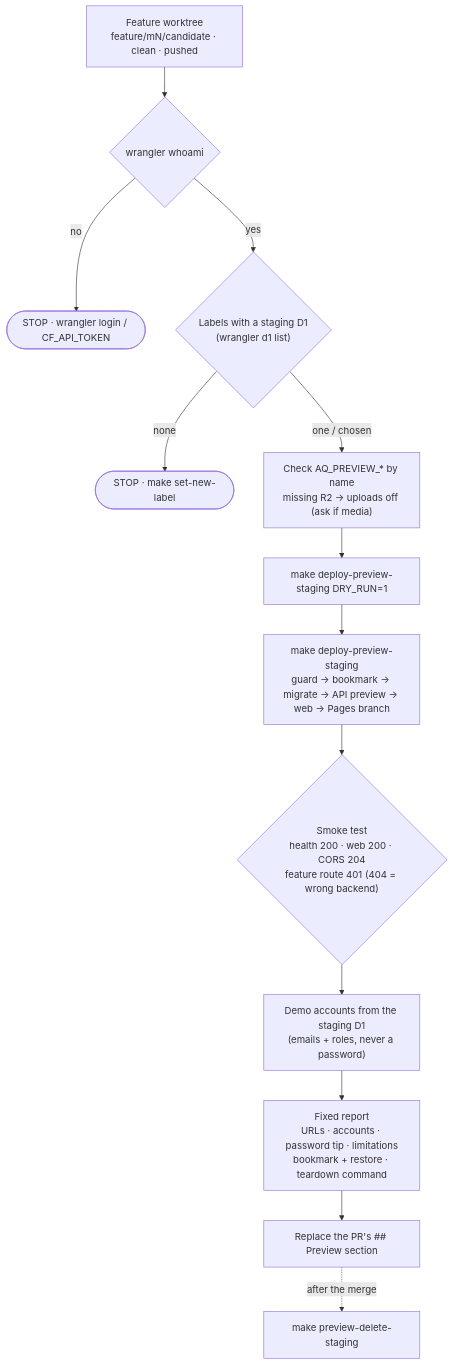
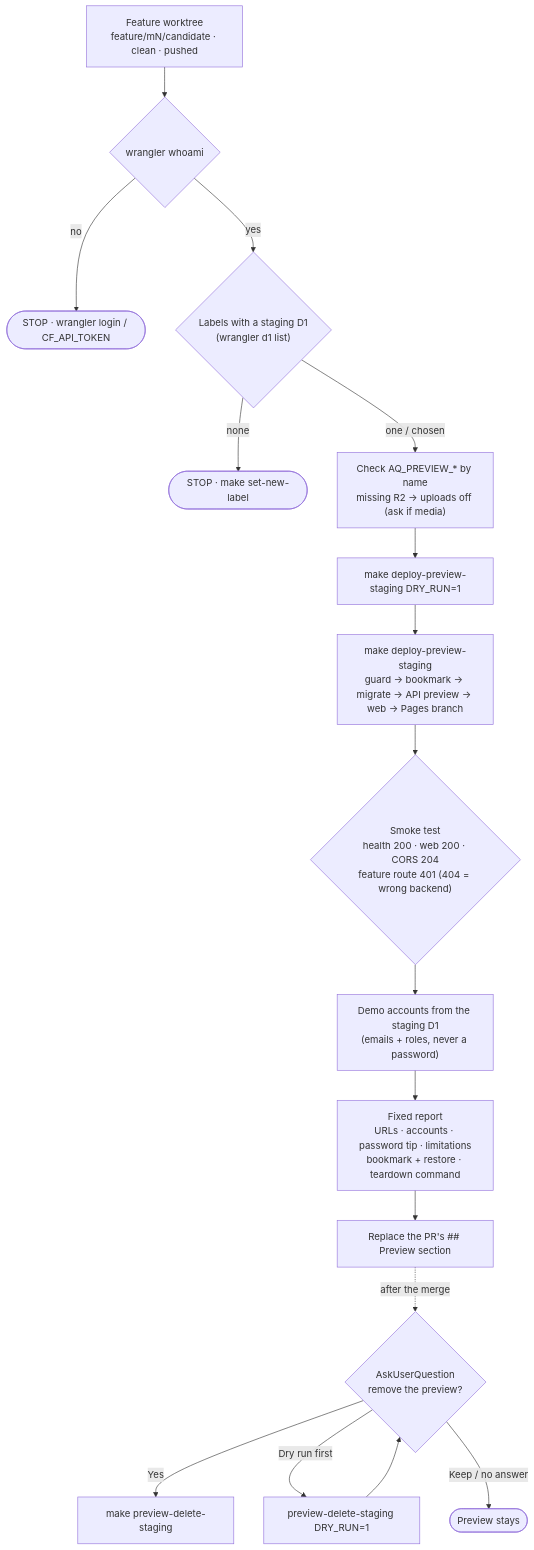
The third of 3 diagrams in .claude/skills/README.md (RaphaelSilva/ArenaQuest), drawn with Mermaid before and after one commit. The commit also changed other lines of this file and 1 other file, not shown here.

Commit message:
docs(skills): preview-candidate asks before preview-delete-staging
Teardown is never automatic: it runs only after an explicit AskUserQuestion
"Yes" (or a dry run followed by a second confirmation).

````diff
--- a/.claude/skills/README.md
+++ b/.claude/skills/README.md
@@ -118,15 +118,18 @@
 ```mermaid
 flowchart TD
     W["Feature worktree<br/>feature/mN/candidate · clean · pushed"] --> AUTH{"wrangler whoami"}
     AUTH -- "no" --> STOPA(["STOP · wrangler login / CF_API_TOKEN"])
     AUTH -- "yes" --> LBL{"Labels with a staging D1<br/>(wrangler d1 list)"}
     LBL -- "none" --> STOPL(["STOP · make set-new-label"])
     LBL -- "one / chosen" --> SEC["Check AQ_PREVIEW_* by name<br/>missing R2 → uploads off (ask if media)"]
     SEC --> DRY["make deploy-preview-staging DRY_RUN=1"]
     DRY --> DEP["make deploy-preview-staging<br/>guard → bookmark → migrate → API preview → web → Pages branch"]
     DEP --> SMOKE{"Smoke test<br/>health 200 · web 200 · CORS 204<br/>feature route 401 (404 = wrong backend)"}
     SMOKE --> ACC["Demo accounts from the staging D1<br/>(emails + roles, never a password)"]
     ACC --> REP["Fixed report<br/>URLs · accounts · password tip · limitations<br/>bookmark + restore · teardown command"]
     REP --> PR["Replace the PR's ## Preview section"]
-    PR -. "after the merge" .-> DEL["make preview-delete-staging"]
+    PR -. "after the merge" .-> ASK{"AskUserQuestion<br/>remove the preview?"}
+    ASK -- "Yes" --> DEL["make preview-delete-staging"]
+    ASK -- "Dry run first" --> DRYDEL["preview-delete-staging DRY_RUN=1"] --> ASK
+    ASK -- "Keep / no answer" --> KEEP(["Preview stays"])
 ```
````
